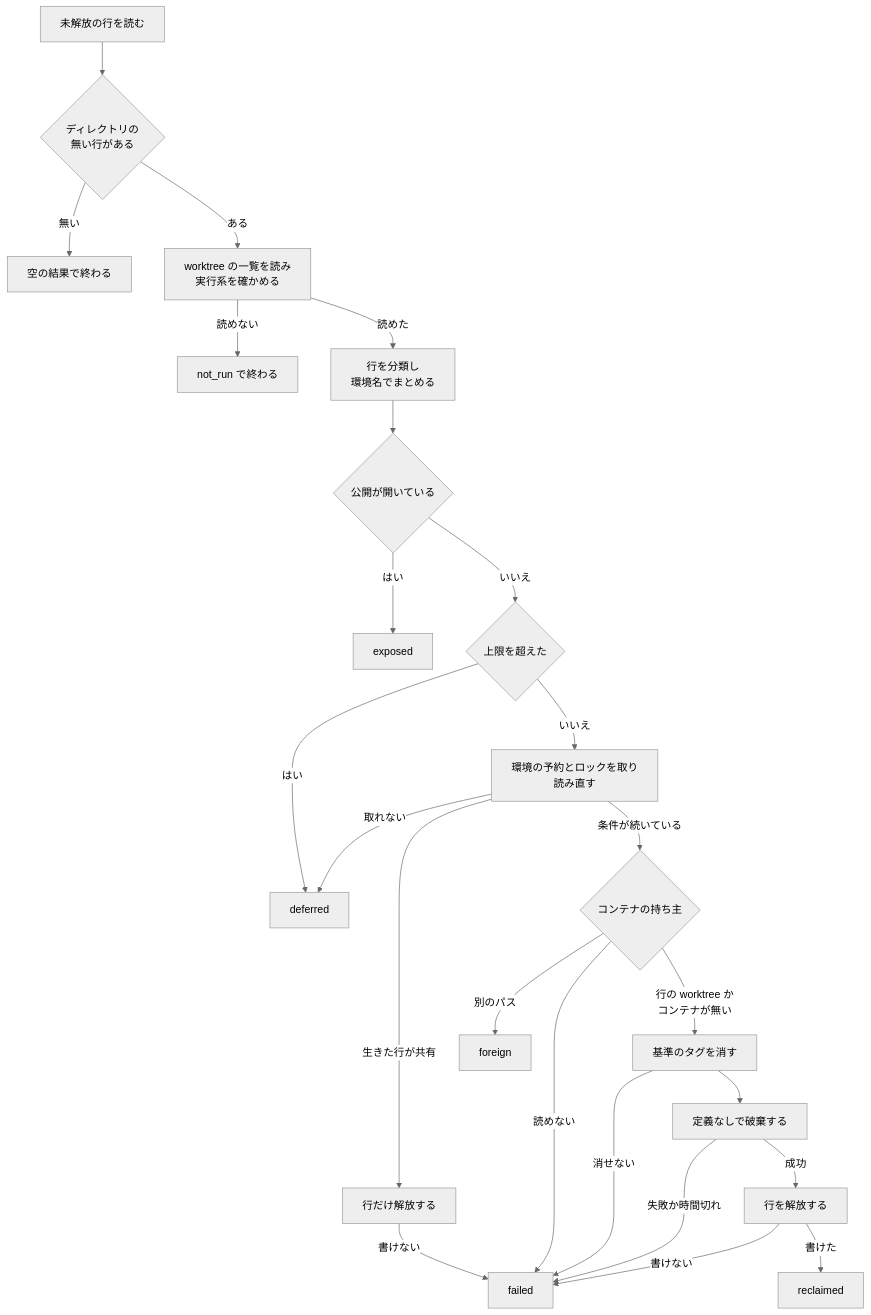
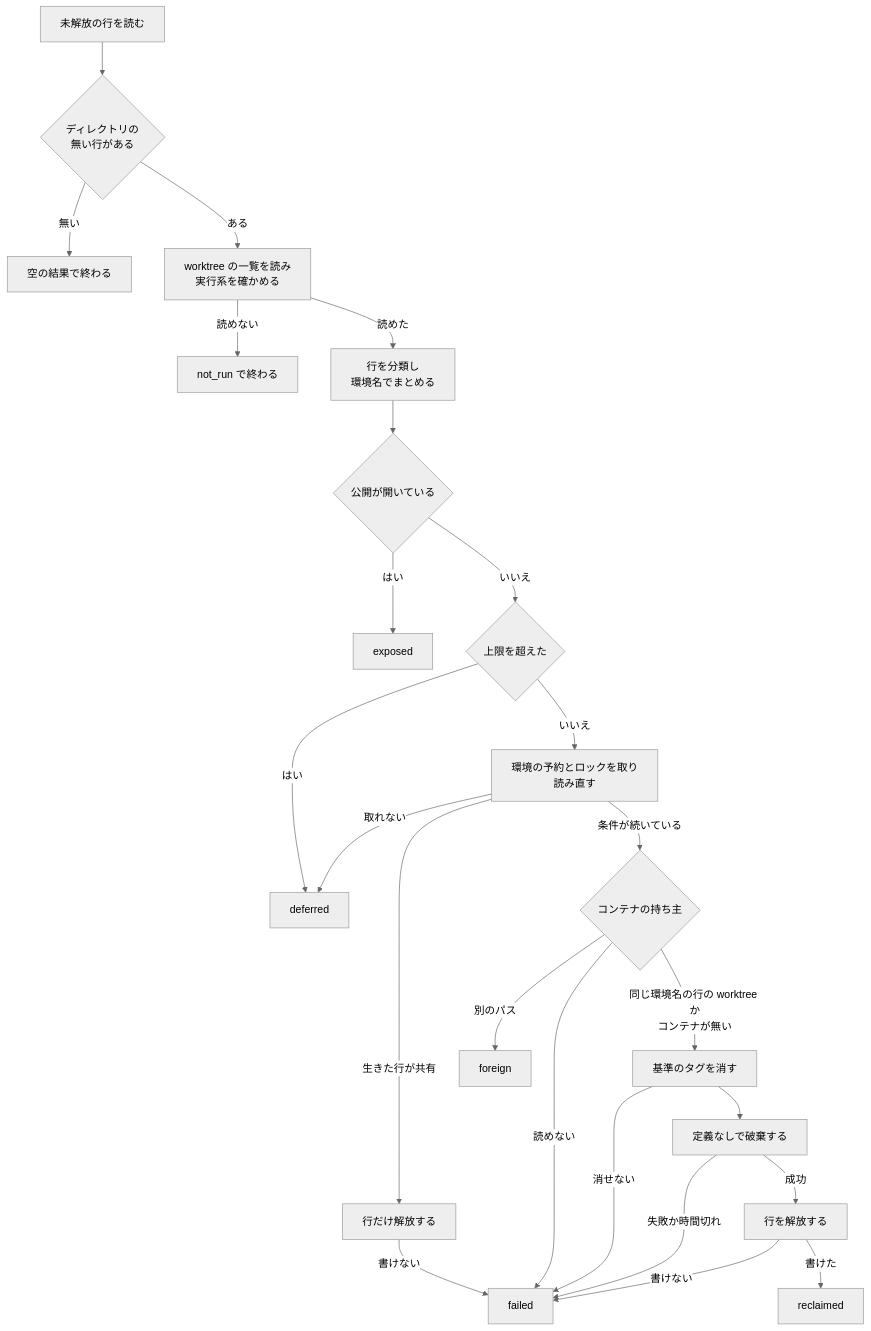
Before and after one commit to devbasex/ai-plugins: the third of 5 diagrams in issues/issue-2660-design.md, drawn with Mermaid (neutral theme). The commit also changed other lines of this file and 2 other files, not shown here.

````diff
--- a/issues/issue-2660-design.md
+++ b/issues/issue-2660-design.md
@@ -364,26 +383,26 @@
 ```mermaid
 graph TD
     A[未解放の行を読む] --> B{ディレクトリの<br/>無い行がある}
     B -->|無い| Z[空の結果で終わる]
     B -->|ある| C[worktree の一覧を読み<br/>実行系を確かめる]
     C -->|読めない| N[not_run で終わる]
     C -->|読めた| D[行を分類し<br/>環境名でまとめる]
     D --> E{公開が開いている}
     E -->|はい| X[exposed]
     E -->|いいえ| F{上限を超えた}
     F -->|はい| Y[deferred]
     F -->|いいえ| G[環境の予約とロックを取り<br/>読み直す]
     G -->|取れない| Y
     G -->|生きた行が共有| H[行だけ解放する]
     G -->|条件が続いている| P{コンテナの持ち主}
     P -->|別のパス| Q[foreign]
     P -->|読めない| J
-    P -->|行の worktree か<br/>コンテナが無い| I[基準のタグを消す]
+    P -->|同じ環境名の行の worktree か<br/>コンテナが無い| I[基準のタグを消す]
     I -->|消せない| J[failed]
     I --> K[定義なしで破棄する]
     K -->|失敗か時間切れ| J
     K -->|成功| L[行を解放する]
     L -->|書けない| J
     L -->|書けた| M[reclaimed]
     H -->|書けない| J
 ```
````
